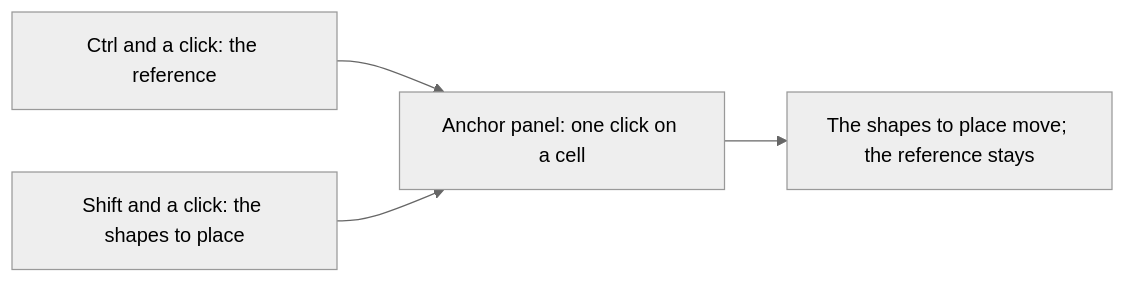
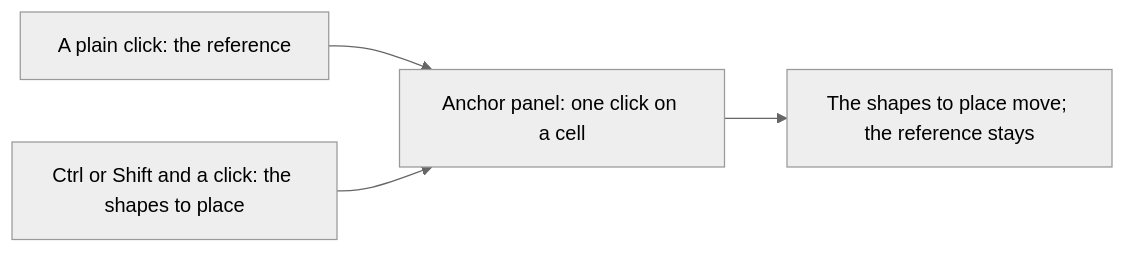
The second of 2 diagrams in symbols/06-alignment-mode/README.md (AlexandreGallais/synoptic-studio-spec), drawn with Mermaid (neutral theme) before and after one commit. The commit also changed other lines of this file and 8 other files, not shown here.

````diff
--- a/symbols/06-alignment-mode/README.md
+++ b/symbols/06-alignment-mode/README.md
@@ -64,6 +63,6 @@
 ```mermaid
 flowchart LR
-    S1["Ctrl and a click: the reference"] --> P["Anchor panel: one click on a cell"]
-    S2["Shift and a click: the shapes to place"] --> P
+    S1["A plain click: the reference"] --> P["Anchor panel: one click on a cell"]
+    S2["Ctrl or Shift and a click: the shapes to place"] --> P
     P --> R["The shapes to place move; the reference stays"]
 ```
````
